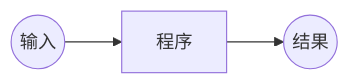
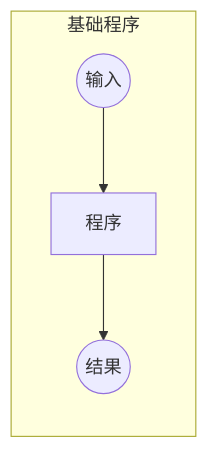
Before and after one commit to Jaas-Wang/smartbook: the second of 10 diagrams in smartbook/Fastai-01.md, drawn with Mermaid. The commit also changed other lines of this file, not shown here.

````diff
--- a/smartbook/Fastai-01.md
+++ b/smartbook/Fastai-01.md
@@ -590,4 +592,6 @@
 ```mermaid
 graph LR
+subgraph 基础程序
 in((输入)) --> op[程序] --> en((结果))
+end
 ```
````
